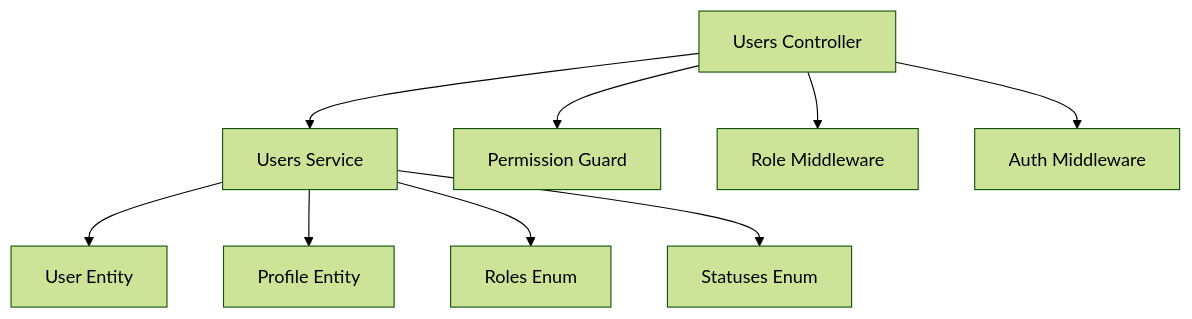
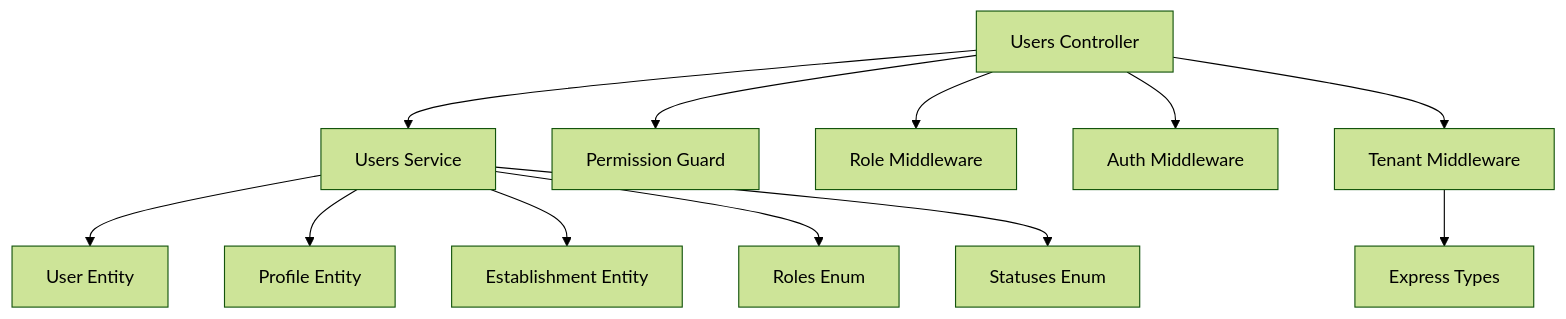
Before and after one commit to franckylab/eLISAschool: the seventh of 7 diagrams in .qoder/repowiki/en/content/Backend API Documentation/User Management API.md, drawn with Mermaid (forest theme). The commit also changed other lines of this file and 126 other files, not shown here.

````diff
--- a/.qoder/repowiki/en/content/Backend API Documentation/User Management API.md
+++ b/.qoder/repowiki/en/content/Backend API Documentation/User Management API.md
@@ -397,20 +520,26 @@
 ```mermaid
 graph TB
 UC["Users Controller"]
 US["Users Service"]
 UE["User Entity"]
 PE["Profile Entity"]
+EE["Establishment Entity"]
 RE["Roles Enum"]
 SE["Statuses Enum"]
 PG["Permission Guard"]
 RM["Role Middleware"]
 AM["Auth Middleware"]
+TM["Tenant Middleware"]
+ED["Express Types"]
 UC --> US
 US --> UE
 US --> PE
+US --> EE
 UC --> PG
 UC --> RM
 UC --> AM
+UC --> TM
 US --> RE
 US --> SE
+TM --> ED
 ```
````
